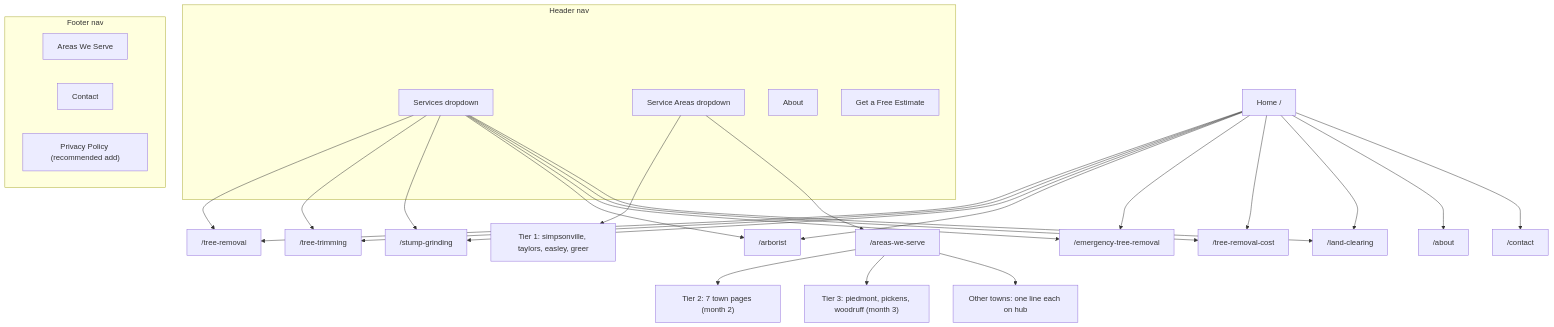
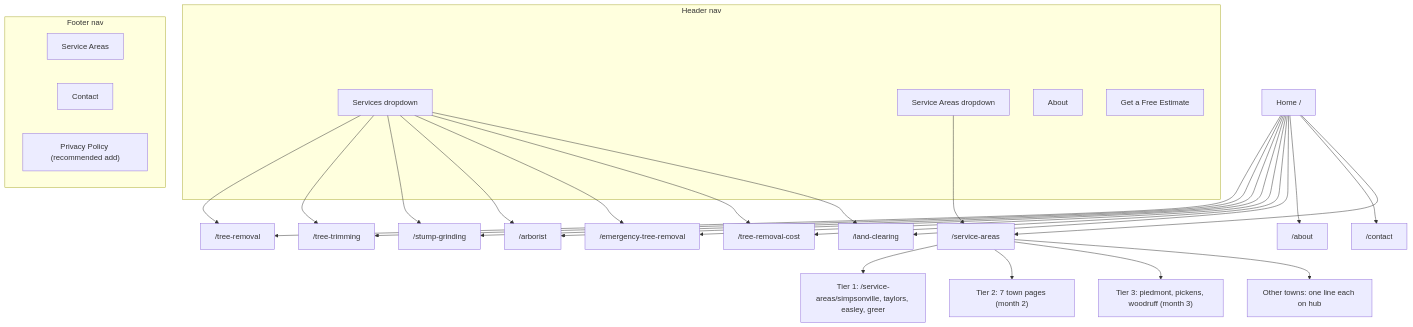
Before and after one commit to cliftonc0613/tree-service-greenville-sc: the diagram in knowledge/research/site-architecture.md, drawn with Mermaid. The commit also changed other lines of this file, not shown here.

First line of the commit message:
Move town pages under /service-areas/[city] in site architecture plan

````diff
--- a/knowledge/research/site-architecture.md
+++ b/knowledge/research/site-architecture.md
@@ -32,41 +37,42 @@
 ```mermaid
 graph TD
     HOME["Home /"]
 
     subgraph HDR ["Header nav"]
         SERV["Services dropdown"]
         AREA["Service Areas dropdown"]
         ABOUTN["About"]
         CTA["Get a Free Estimate"]
     end
 
     subgraph FTR ["Footer nav"]
-        F_AREAS["Areas We Serve"]
+        F_AREAS["Service Areas"]
         F_CONT["Contact"]
         F_PRIV["Privacy Policy (recommended add)"]
     end
 
     HOME --> REM["/tree-removal"]
     HOME --> TRIM["/tree-trimming"]
     HOME --> STUMP["/stump-grinding"]
     HOME --> ARB["/arborist"]
     HOME --> EMER["/emergency-tree-removal"]
     HOME --> COST["/tree-removal-cost"]
     HOME --> LAND["/land-clearing"]
     HOME --> ABOUT["/about"]
     HOME --> CONT["/contact"]
+    HOME --> HUB["/service-areas"]
 
     SERV --> REM
     SERV --> TRIM
     SERV --> STUMP
     SERV --> ARB
     SERV --> EMER
     SERV --> COST
     SERV --> LAND
 
-    AREA --> T1["Tier 1: simpsonville, taylors, easley, greer"]
-    AREA --> HUB["/areas-we-serve"]
+    AREA --> HUB
+    HUB --> T1["Tier 1: /service-areas/simpsonville, taylors, easley, greer"]
     HUB --> T2["Tier 2: 7 town pages (month 2)"]
     HUB --> T3["Tier 3: piedmont, pickens, woodruff (month 3)"]
     HUB --> OTHER["Other towns: one line each on hub"]
 ```
````
